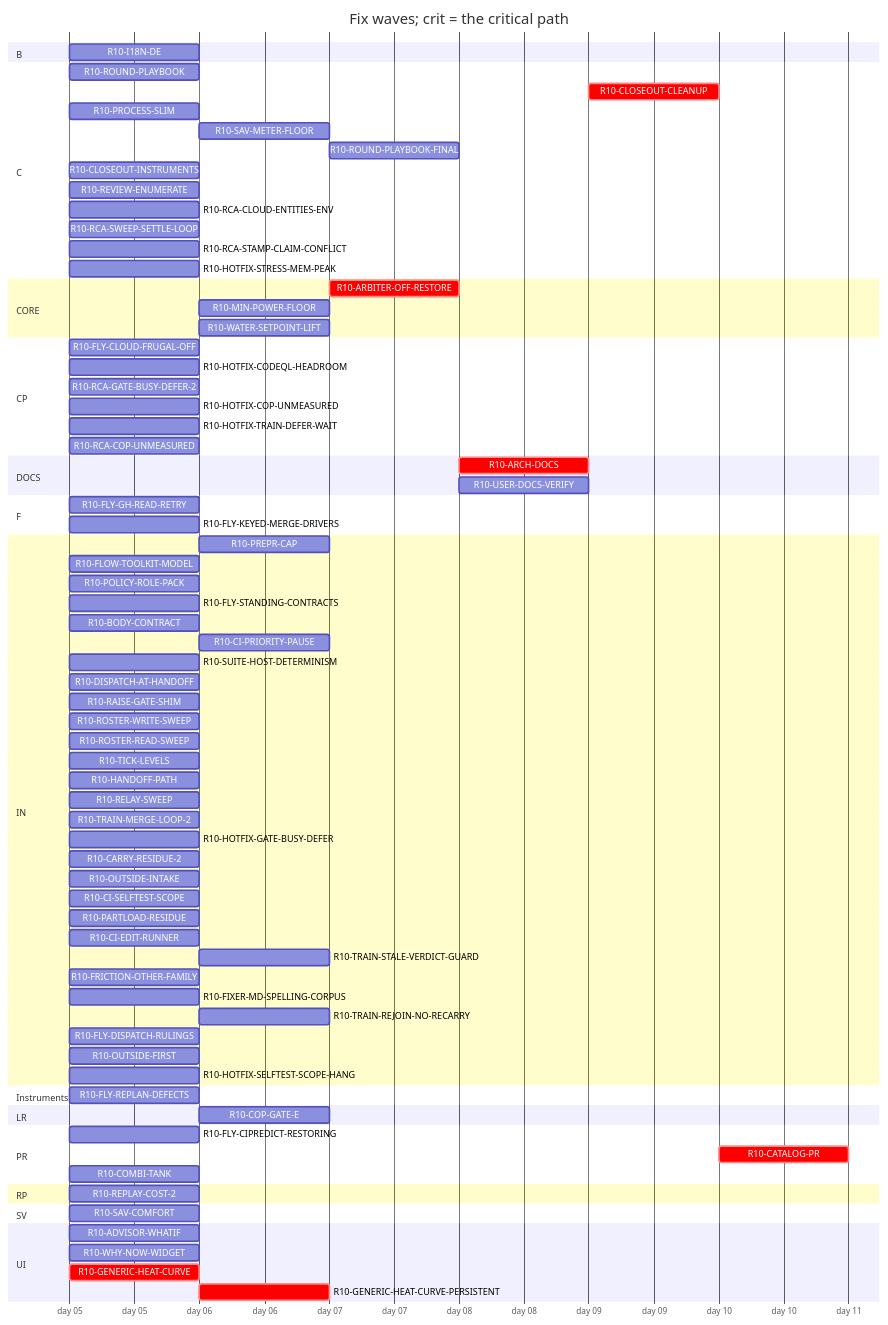
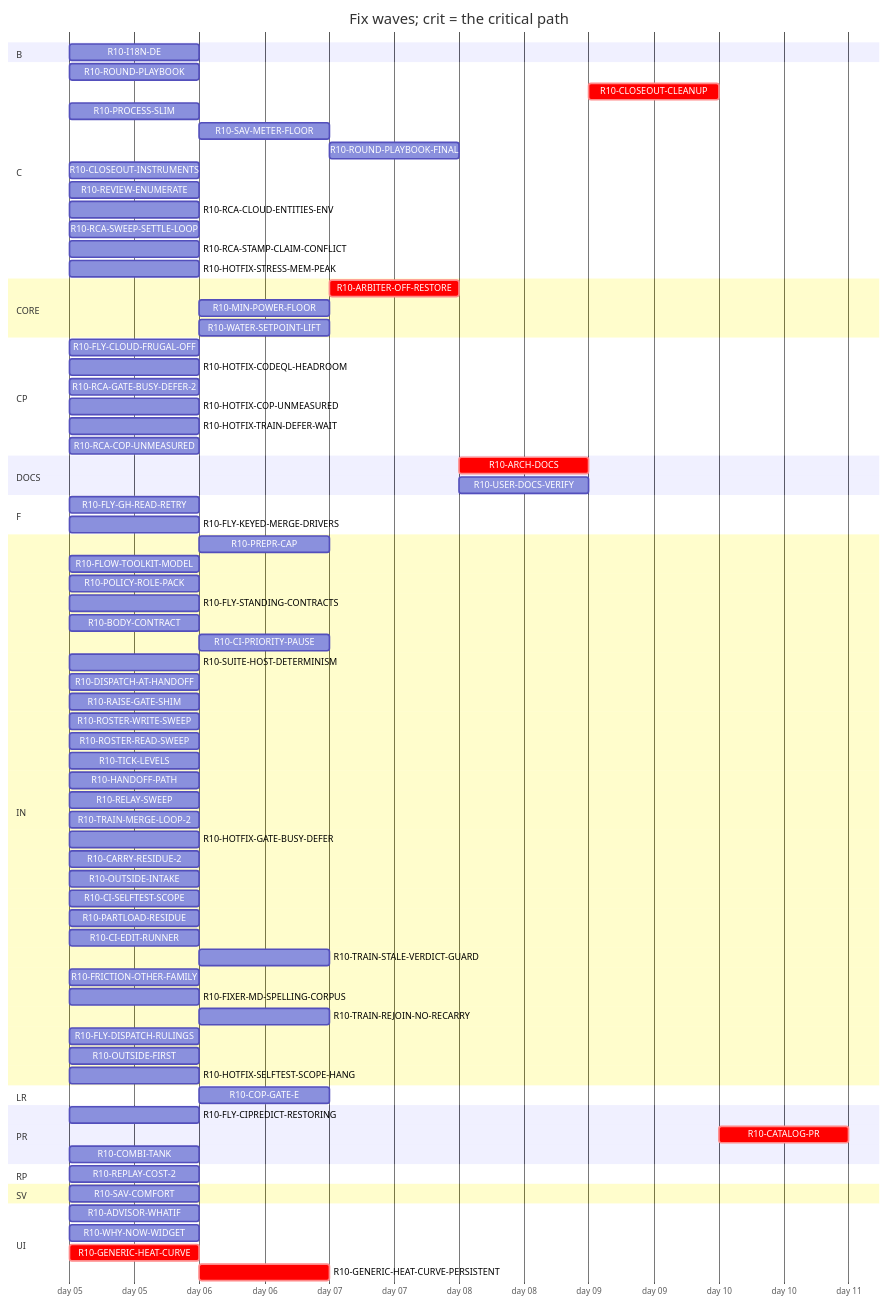
One commit to tvofi/heatpump_optimizer changed the diagram in handoff/round10/state/PLAN-TABLE.md. Above: the diagram before and after it, drawn with Mermaid. The commit also changed other lines of this file and 3 other files, not shown here.

Commit message:
state: FLOW-BOARD.md, NEXT-SESSION-PROMPT.md, PLAN-TABLE.md, RESUME-CURRENT.md regenerated (state_docs.py)

```diff
--- a/handoff/round10/state/PLAN-TABLE.md
+++ b/handoff/round10/state/PLAN-TABLE.md
@@ -88,8 +87,6 @@
     R10-FLY-DISPATCH-RULINGS :r10FLYDISPATCHRULINGS, 2026-01-05, 1d
     R10-OUTSIDE-FIRST :r10OUTSIDEFIRST, 2026-01-05, 1d
     R10-HOTFIX-SELFTEST-SCOPE-HANG :r10HOTFIXSELFTESTSCOPEHANG, 2026-01-05, 1d
-  section Instruments
-    R10-FLY-REPLAN-DEFECTS :r10FLYREPLANDEFECTS, 2026-01-05, 1d
   section LR
     R10-COP-GATE-E :r10COPGATEE, after r10HOTFIXCOPUNMEASURED, 1d
   section PR
```
